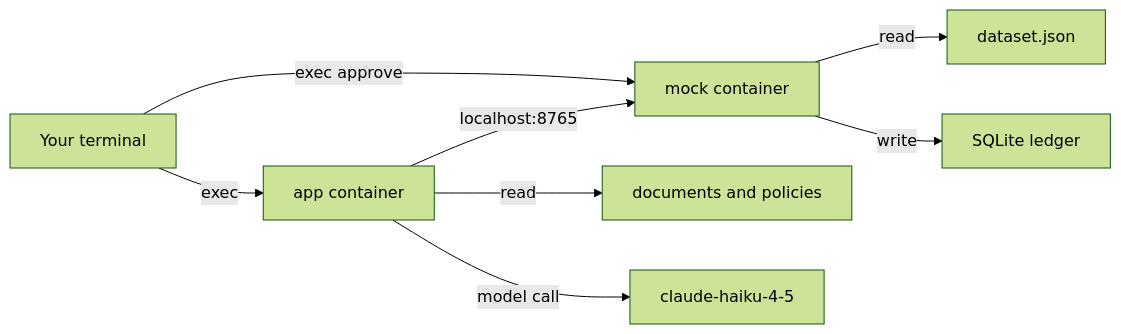
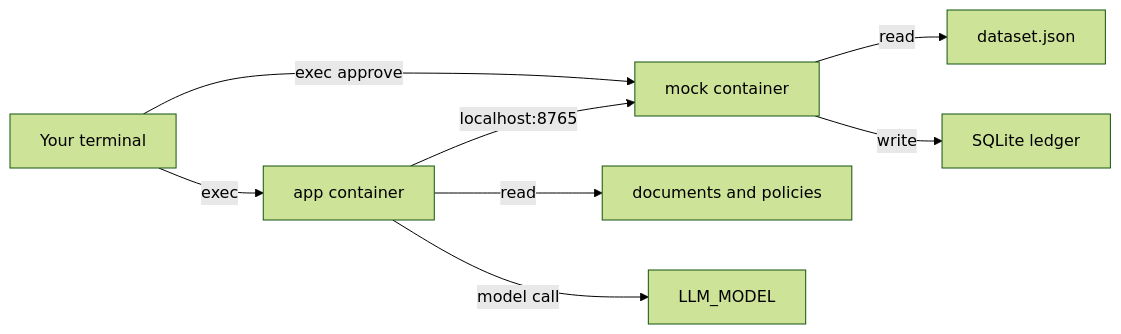
Before and after one commit to nachiketht/card-disputes-participant: the diagram in docs/AZURE_DEPLOY.md, drawn with Mermaid (forest theme). The commit also changed other lines of this file and 21 other files, not shown here.

````diff
--- a/docs/AZURE_DEPLOY.md
+++ b/docs/AZURE_DEPLOY.md
@@ -51,10 +51,10 @@
 ```mermaid
 flowchart LR
   you[Your terminal] -->|exec| app[app container]
   you -->|exec approve| mock[mock container]
   app -->|localhost:8765| mock
   app -->|read| corpus[documents and policies]
   mock -->|read| fixture[dataset.json]
   mock -->|write| ledger[SQLite ledger]
-  app -->|model call| judge["claude-haiku-4-5"]
+  app -->|model call| judge["LLM_MODEL"]
 ```
````
